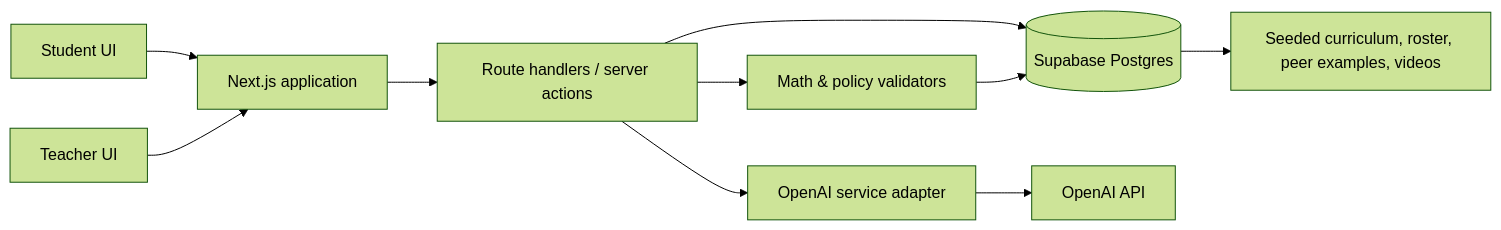
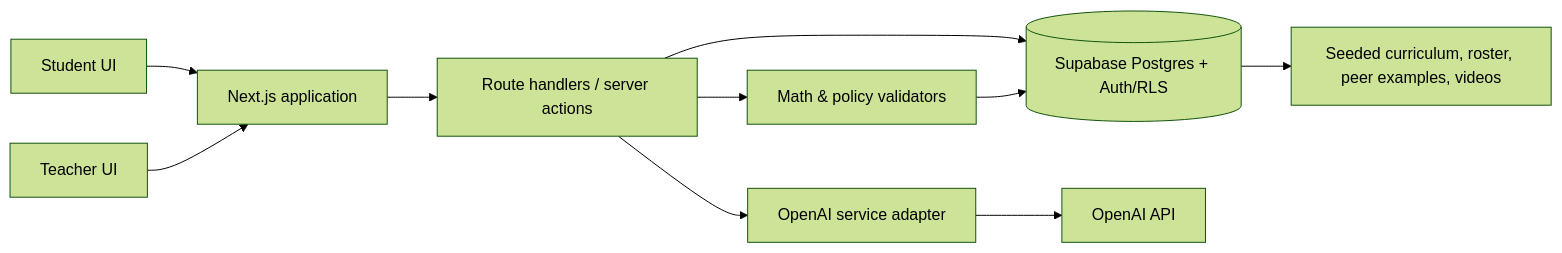
Before and after one commit to Sravik-Sajja/rung: the first of 2 diagrams in architecture.md, drawn with Mermaid (forest theme). The commit also changed other lines of this file and 70 other files, not shown here.

````diff
--- a/architecture.md
+++ b/architecture.md
@@ -90,12 +91,12 @@
 ```mermaid
 flowchart LR
   S["Student UI"] --> N["Next.js application"]
   T["Teacher UI"] --> N
   N --> R["Route handlers / server actions"]
-  R --> DB[("Supabase Postgres")]
+  R --> DB[("Supabase Postgres + Auth/RLS")]
   R --> M["OpenAI service adapter"]
   M --> O["OpenAI API"]
   R --> V["Math & policy validators"]
   V --> DB
   DB --> C["Seeded curriculum, roster, peer examples, videos"]
 ```
````
